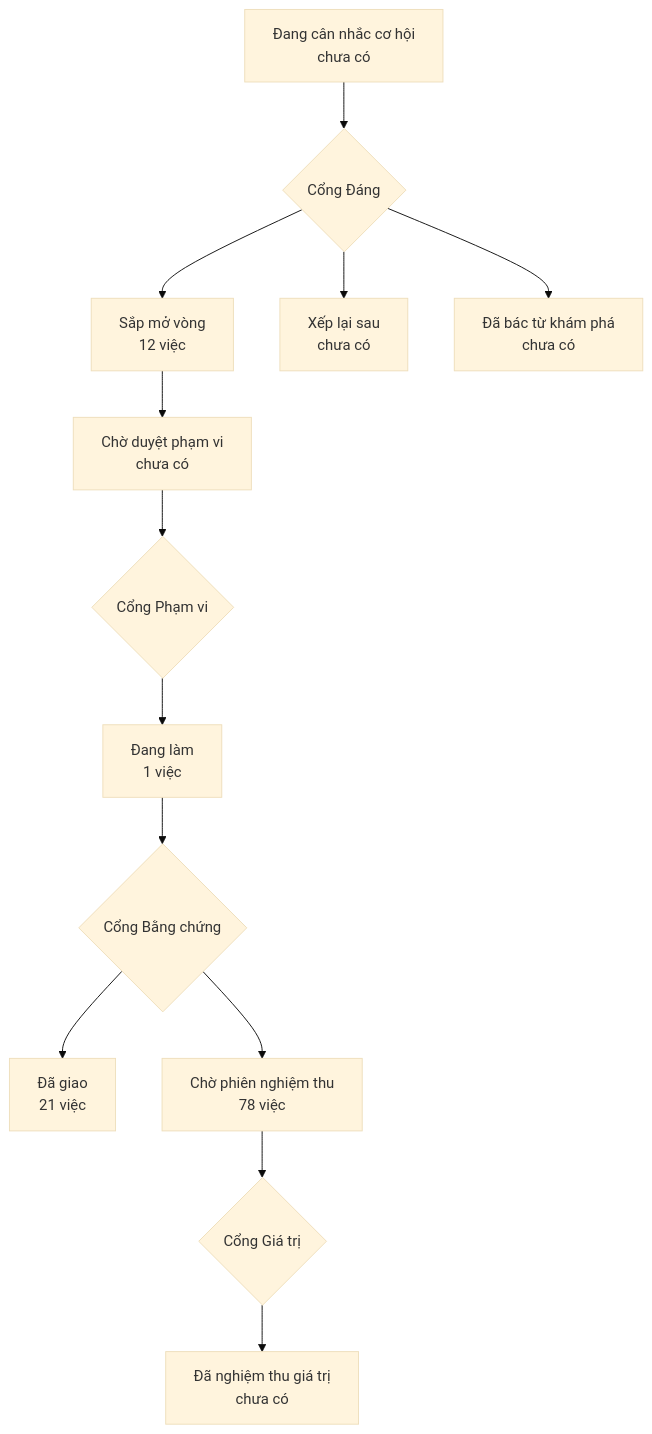
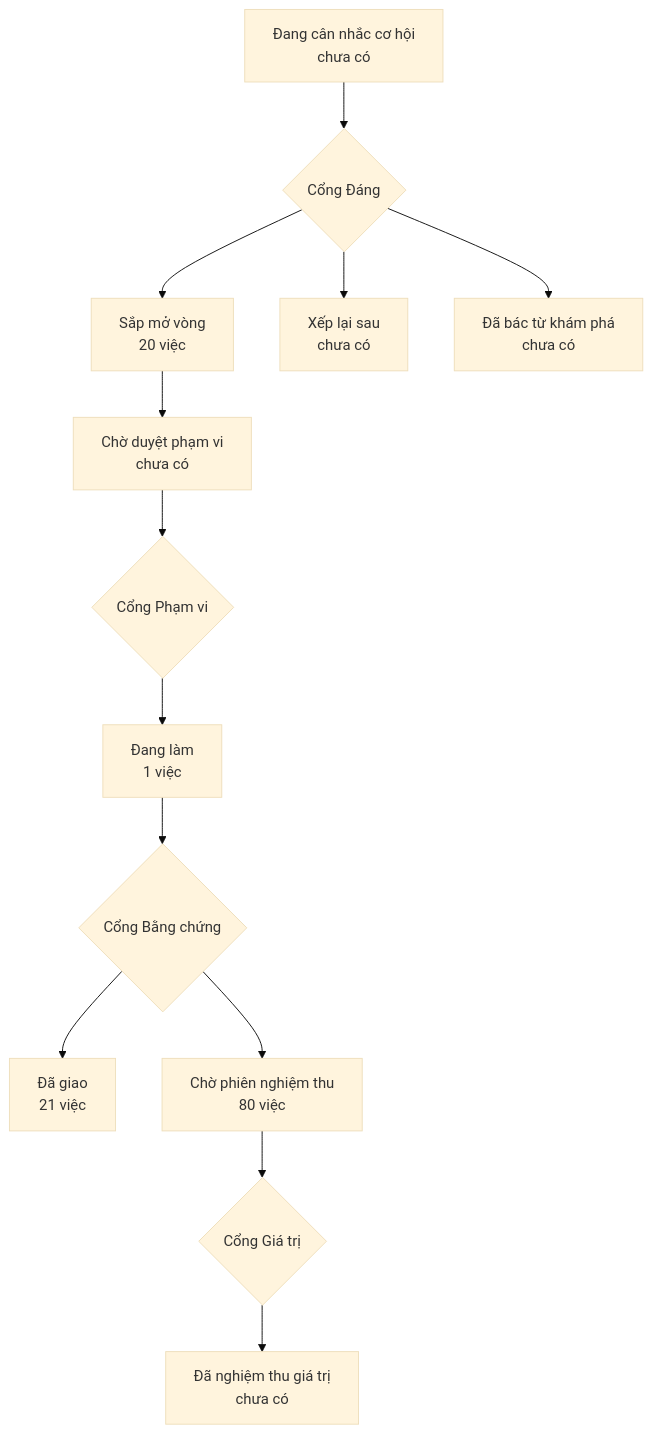
The diagram in PRODUCT-MAP.md (phanlemanh/onehub-quy-hang), drawn with Mermaid (base theme) before and after one commit. The commit also changed other lines of this file and 1 other file, not shown here.

````diff
--- a/PRODUCT-MAP.md
+++ b/PRODUCT-MAP.md
@@ -7,12 +7,12 @@
 ```mermaid
 flowchart TD
   A["Đang cân nhắc cơ hội<br/>chưa có"] --> GD{"Cổng Đáng"}
-  GD --> B["Sắp mở vòng<br/>12 việc"]
+  GD --> B["Sắp mở vòng<br/>20 việc"]
   GD --> XL["Xếp lại sau<br/>chưa có"]
   GD --> DB["Đã bác từ khám phá<br/>chưa có"]
   B --> CD["Chờ duyệt phạm vi<br/>chưa có"] --> GP{"Cổng Phạm vi"}
   GP --> DL["Đang làm<br/>1 việc"] --> GB{"Cổng Bằng chứng"}
   GB --> DG["Đã giao<br/>21 việc"]
-  GB --> CN["Chờ phiên nghiệm thu<br/>78 việc"] --> GG{"Cổng Giá trị"}
+  GB --> CN["Chờ phiên nghiệm thu<br/>80 việc"] --> GG{"Cổng Giá trị"}
   GG --> NT["Đã nghiệm thu giá trị<br/>chưa có"]
 ```
````
